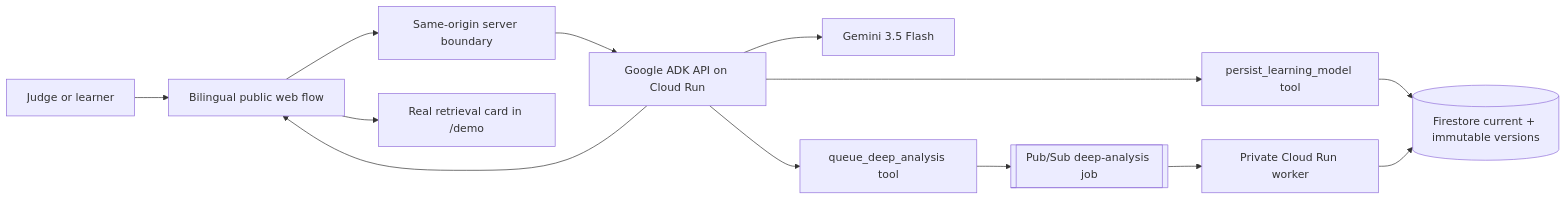
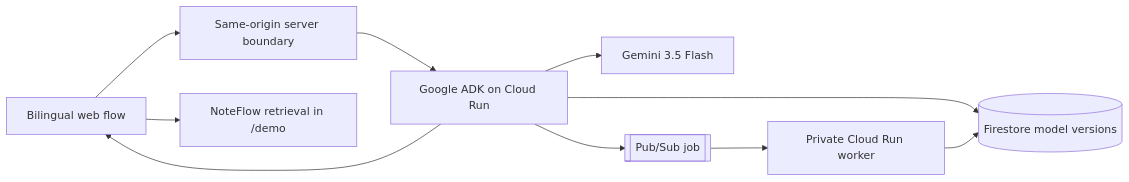
The first of 2 diagrams in README.md (Dollars7/NoteFlow-Agent-Hackathon-2026), drawn with Mermaid before and after one commit. The commit also changed other lines of this file and 2 other files, not shown here.

Commit message:
docs: align submission with learning rhythm vision

````diff
--- a/README.md
+++ b/README.md
@@ -63,15 +140,12 @@
 ```mermaid
 flowchart LR
-    Judge["Judge or learner"] --> Web["Bilingual public web flow"]
-    Web --> Proxy["Same-origin server boundary"]
-    Proxy --> API["Google ADK API on Cloud Run"]
+    Web["Bilingual web flow"] --> Proxy["Same-origin server boundary"]
+    Proxy --> API["Google ADK on Cloud Run"]
     API --> Gemini["Gemini 3.5 Flash"]
-    API --> Persist["persist_learning_model tool"]
-    API --> Queue["queue_deep_analysis tool"]
-    Persist --> Firestore[("Firestore current + immutable versions")]
-    Queue --> PubSub[["Pub/Sub deep-analysis job"]]
+    API --> Firestore[("Firestore model versions")]
+    API --> PubSub[["Pub/Sub job"]]
     PubSub --> Worker["Private Cloud Run worker"]
     Worker --> Firestore
     API --> Web
-    Web --> Practice["Real retrieval card in /demo"]
+    Web --> Practice["NoteFlow retrieval in /demo"]
 ```
````
